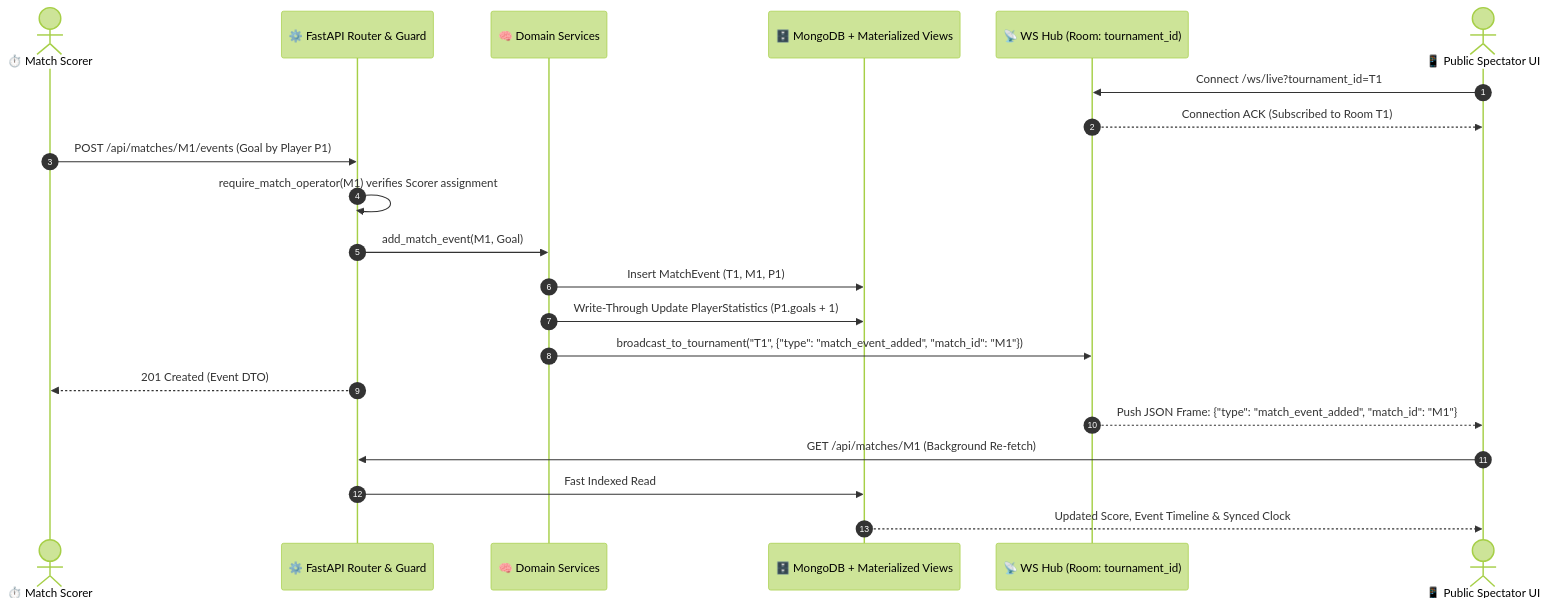
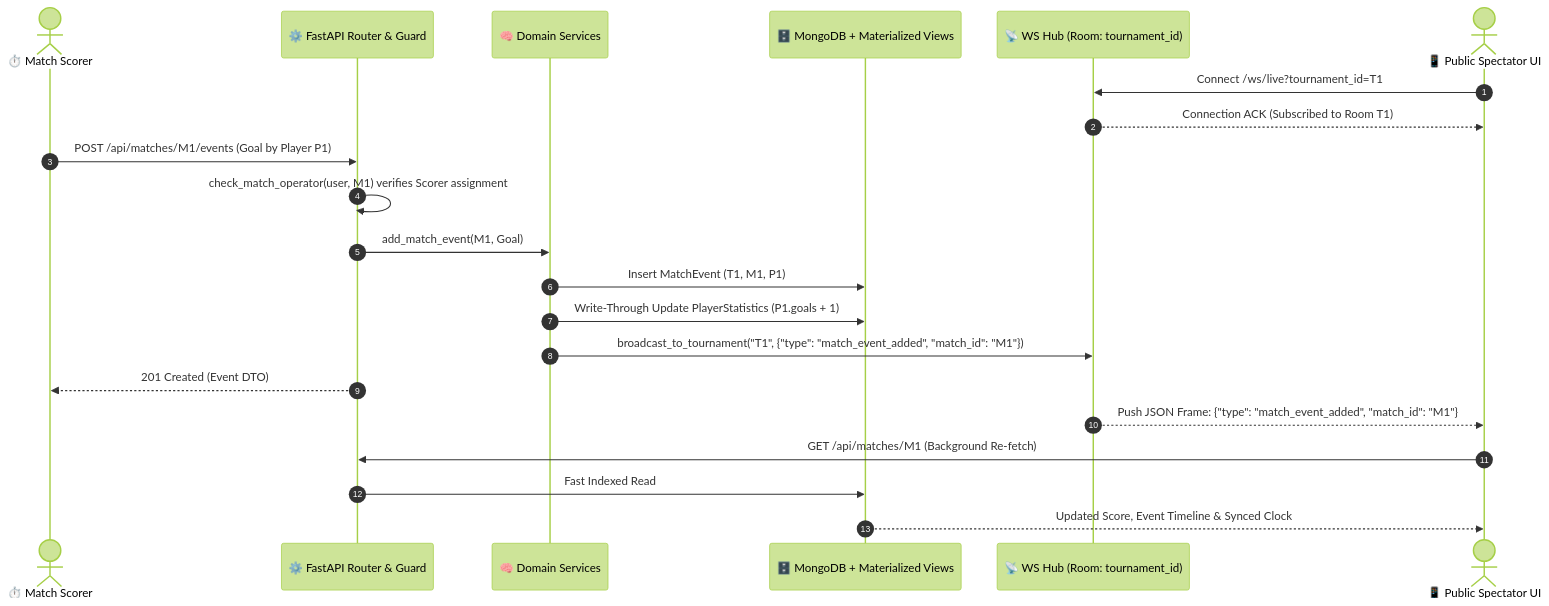
Before and after one commit to Developer-Rajesh100/MatchGrid: the fourth of 5 diagrams in docs/system_architecture.md, drawn with Mermaid (forest theme). The commit also changed other lines of this file and 5 other files, not shown here.

````diff
--- a/docs/system_architecture.md
+++ b/docs/system_architecture.md
@@ -380,26 +380,26 @@
 ```mermaid
 sequenceDiagram
     autonumber
     actor Scorer as ⏱️ Match Scorer
     participant API as ⚙️ FastAPI Router & Guard
     participant Svc as 🧠 Domain Services
     participant DB as 🗄️ MongoDB + Materialized Views
     participant WS as 📡 WS Hub (Room: tournament_id)
     actor Spectator as 📱 Public Spectator UI
 
     Spectator->>WS: Connect /ws/live?tournament_id=T1
     WS-->>Spectator: Connection ACK (Subscribed to Room T1)
 
     Scorer->>API: POST /api/matches/M1/events (Goal by Player P1)
-    API->>API: require_match_operator(M1) verifies Scorer assignment
+    API->>API: check_match_operator(user, M1) verifies Scorer assignment
     API->>Svc: add_match_event(M1, Goal)
     Svc->>DB: Insert MatchEvent (T1, M1, P1)
     Svc->>DB: Write-Through Update PlayerStatistics (P1.goals + 1)
     Svc->>WS: broadcast_to_tournament("T1", {"type": "match_event_added", "match_id": "M1"})
     API-->>Scorer: 201 Created (Event DTO)
 
     WS-->>Spectator: Push JSON Frame: {"type": "match_event_added", "match_id": "M1"}
     Spectator->>API: GET /api/matches/M1 (Background Re-fetch)
     API->>DB: Fast Indexed Read
     DB-->>Spectator: Updated Score, Event Timeline & Synced Clock
 ```
````
